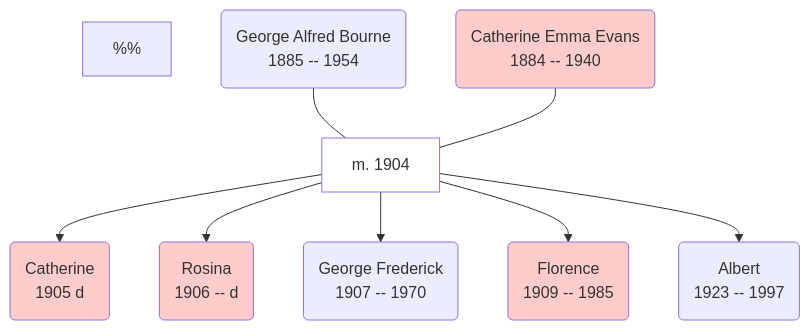
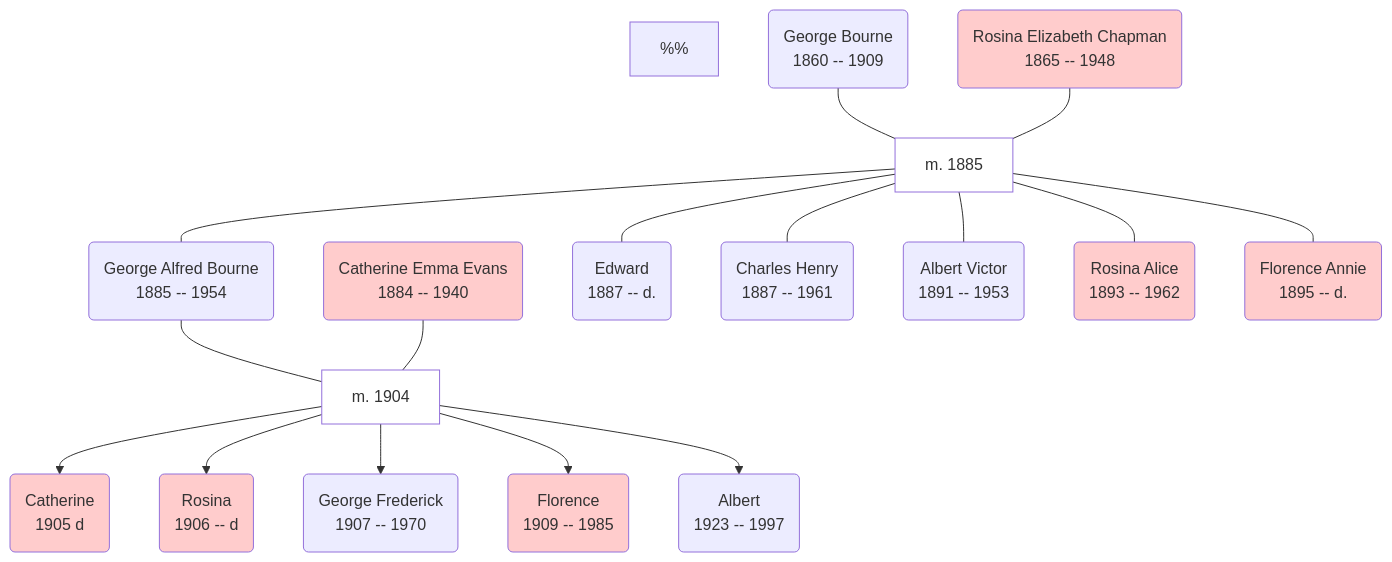
One commit to NixImagery/family changed the diagram in source/Bourne/2020-04-12-George-Alfred-Bourne.md. Above: the diagram before and after it, drawn with Mermaid. The commit also changed other lines of this file and 3 other files, not shown here.

Commit message:
Added George Bourne's father to thie tree.

````diff
--- a/source/Bourne/2020-04-12-George-Alfred-Bourne.md
+++ b/source/Bourne/2020-04-12-George-Alfred-Bourne.md
@@ -40,13 +40,21 @@
 ``` mermaid
 flowchart TD
 classDef female fill:#fcc
 classDef gentie fill:#fff
 %%
+GB(George Bourne<br>1860 -- 1909) --- GBREC["m. 1885"]:::gentie
+REC(Rosina Elizabeth Chapman<br>1865 -- 1948):::female --- GBREC
+GBREC --- GAB
 GAB(George Alfred Bourne<br>1885 -- 1954) --- GABCEE["m. 1904"]:::gentie
 CEE(Catherine Emma Evans<br>1884 -- 1940):::female --- GABCEE
 GABCEE --> Kit(Catherine <br>1905 d):::female
 GABCEE --> Rose(Rosina<br>1906 -- d):::female 
 GABCEE --> George(George Frederick<br>1907 -- 1970) 
 GABCEE --> Bunny(Florence <br>1909 -- 1985):::female
 GABCEE --> Albert(Albert <br>1923 -- 1997) 
+GBREC --- EB(Edward<br>1887 -- d.)
+GBREC --- CHB(Charles Henry<br>1887 -- 1961)
+GBREC --- AVB(Albert Victor<br>1891 -- 1953)
+GBREC --- RAB(Rosina Alice<br>1893 -- 1962):::female
+GBREC --- FAB(Florence Annie<br>1895 -- d.):::female
 ```
````
